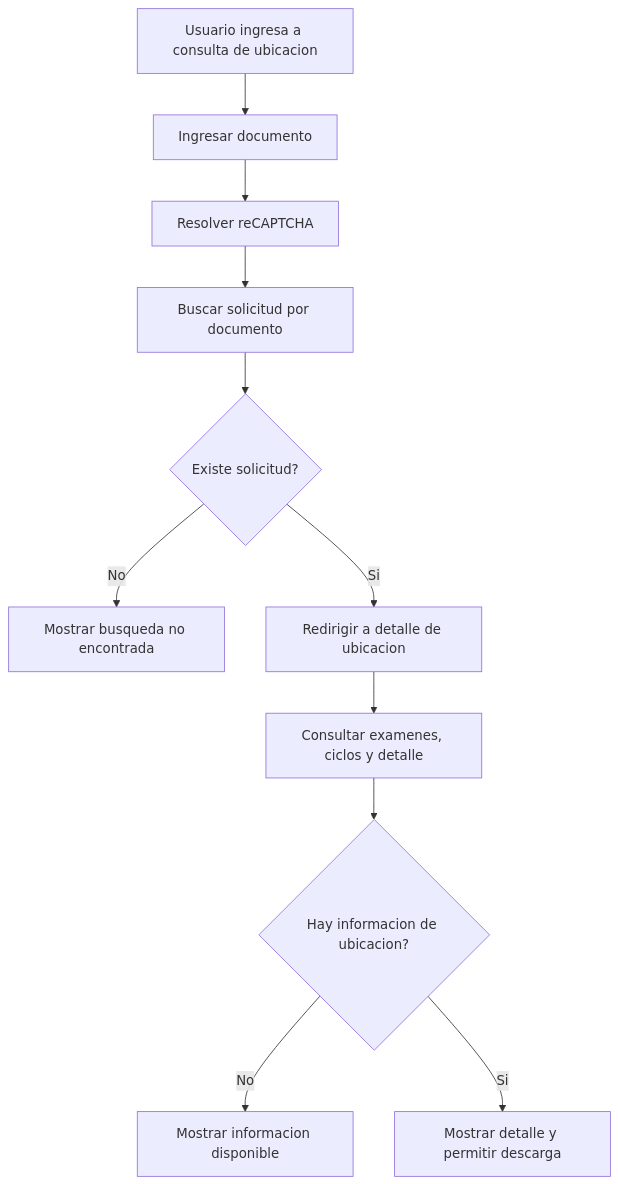
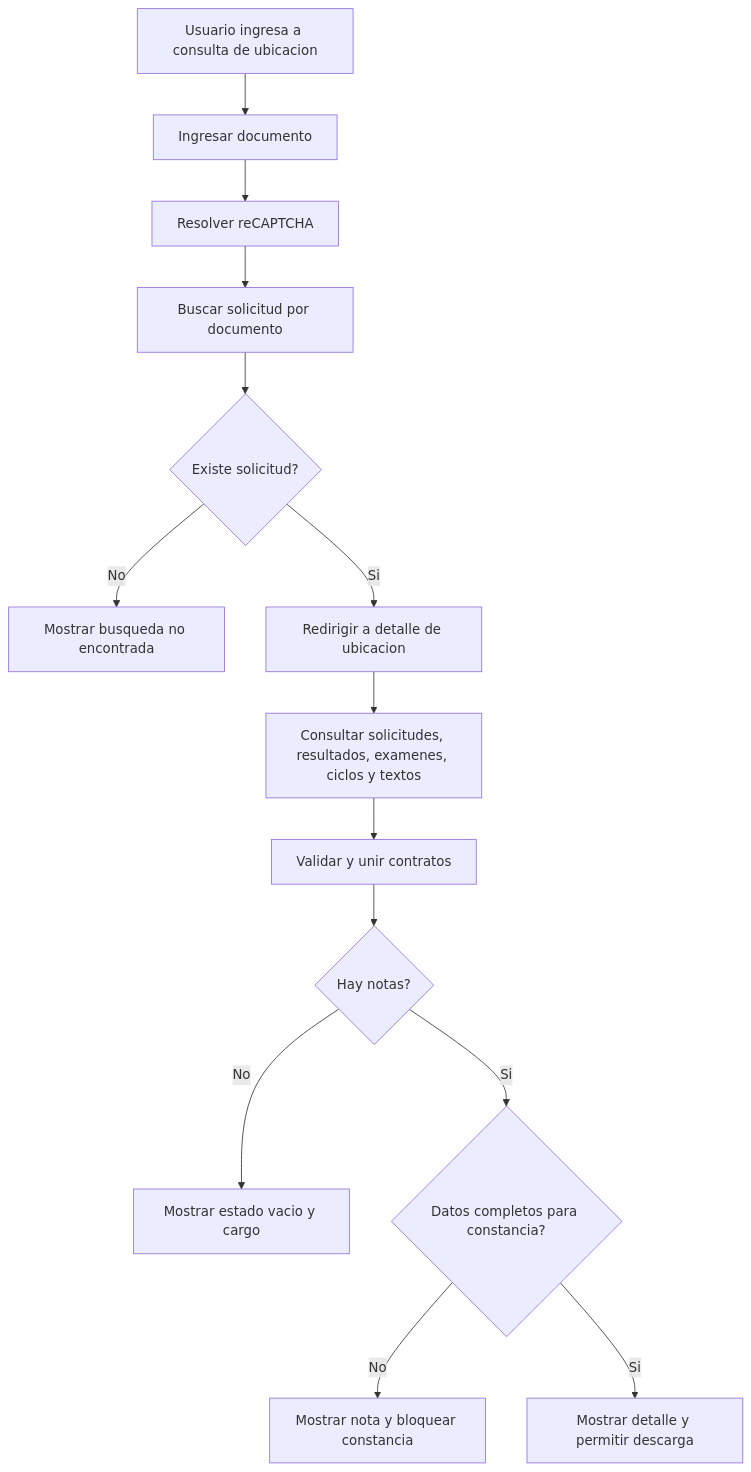
One commit to luismiguelgs/ciunac-sol-1.3 changed the diagram in docs/requirements/use-cases/consulta-ubicacion.md. Above: the diagram before and after it, drawn with Mermaid. The commit also changed other lines of this file and 334 other files, not shown here.

````diff
--- a/docs/requirements/use-cases/consulta-ubicacion.md
+++ b/docs/requirements/use-cases/consulta-ubicacion.md
@@ -26,13 +28,16 @@
 ```mermaid
 flowchart TD
     Start["Usuario ingresa a consulta de ubicacion"] --> Document["Ingresar documento"]
     Document --> Captcha["Resolver reCAPTCHA"]
     Captcha --> Search["Buscar solicitud por documento"]
     Search --> Found{"Existe solicitud?"}
     Found -->|No| NotFound["Mostrar busqueda no encontrada"]
     Found -->|Si| Redirect["Redirigir a detalle de ubicacion"]
-    Redirect --> Details["Consultar examenes, ciclos y detalle"]
-    Details --> Available{"Hay informacion de ubicacion?"}
-    Available -->|No| Partial["Mostrar informacion disponible"]
-    Available -->|Si| Constancia["Mostrar detalle y permitir descarga"]
+    Redirect --> Details["Consultar solicitudes, resultados, examenes, ciclos y textos"]
+    Details --> Join["Validar y unir contratos"]
+    Join --> Available{"Hay notas?"}
+    Available -->|No| Empty["Mostrar estado vacio y cargo"]
+    Available -->|Si| Complete{"Datos completos para constancia?"}
+    Complete -->|No| Partial["Mostrar nota y bloquear constancia"]
+    Complete -->|Si| Constancia["Mostrar detalle y permitir descarga"]
 ```
````
